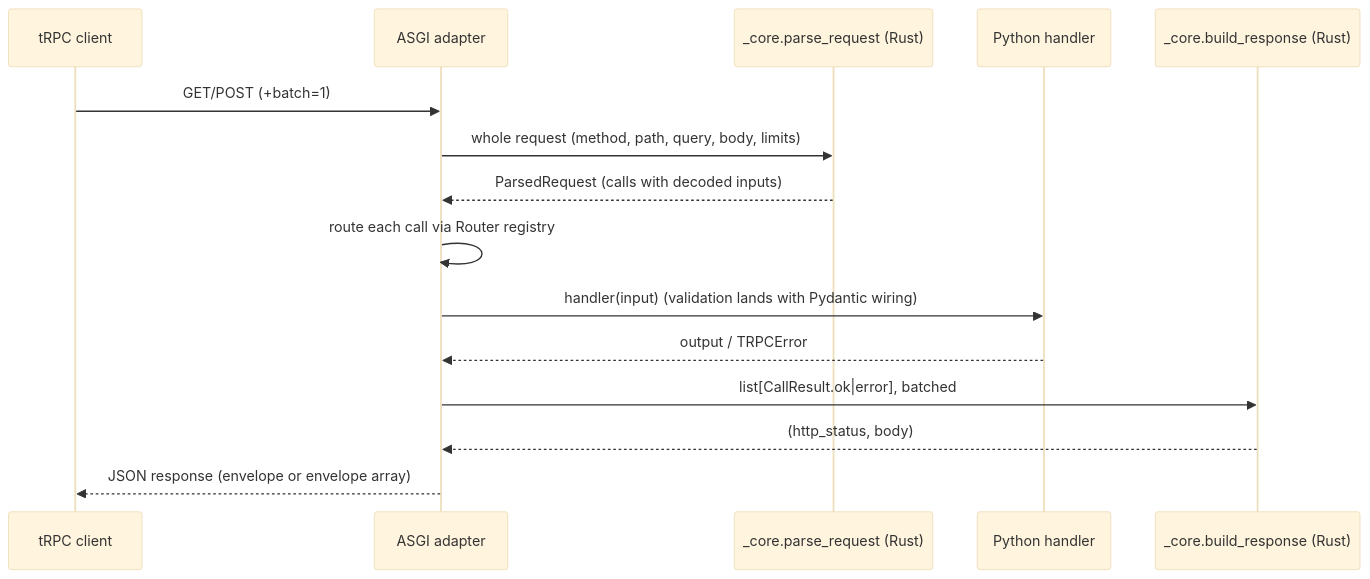
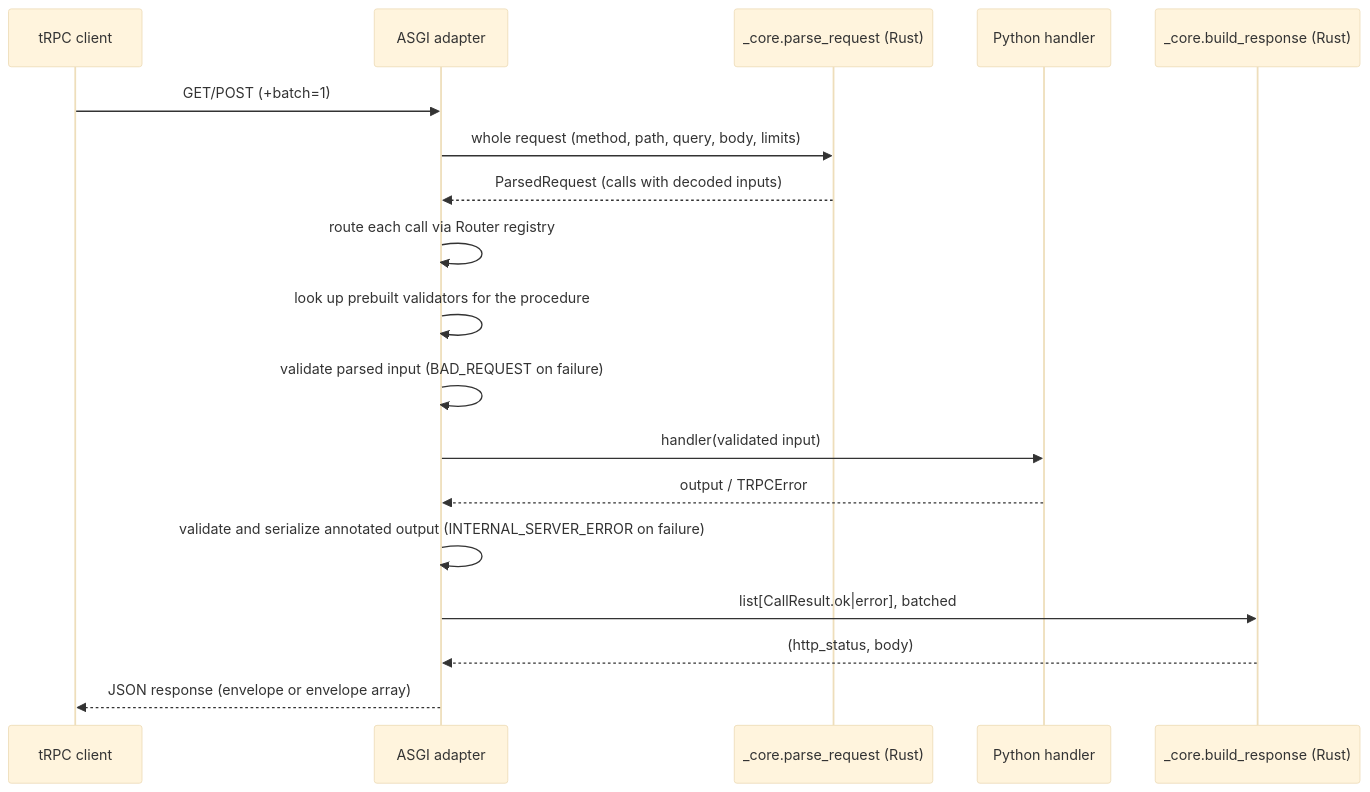
The second of 2 diagrams in docs/architecture.md (Seyamalam/trpc-rs-py), drawn with Mermaid (base theme) before and after one commit. The commit also changed other lines of this file and 11 other files, not shown here.

First line of the commit message:
feat(validation): validate procedure inputs and outputs with Pydantic

````diff
--- a/docs/architecture.md
+++ b/docs/architecture.md
@@ -31,17 +36,20 @@
 ```mermaid
 sequenceDiagram
     participant C as tRPC client
     participant A as ASGI adapter
     participant P as _core.parse_request (Rust)
     participant H as Python handler
     participant B as _core.build_response (Rust)
     C->>A: GET/POST (+batch=1)
     A->>P: whole request (method, path, query, body, limits)
     P-->>A: ParsedRequest (calls with decoded inputs)
     A->>A: route each call via Router registry
-    A->>H: handler(input) (validation lands with Pydantic wiring)
+    A->>A: look up prebuilt validators for the procedure
+    A->>A: validate parsed input (BAD_REQUEST on failure)
+    A->>H: handler(validated input)
     H-->>A: output / TRPCError
+    A->>A: validate and serialize annotated output (INTERNAL_SERVER_ERROR on failure)
     A->>B: list[CallResult.ok|error], batched
     B-->>A: (http_status, body)
     A-->>C: JSON response (envelope or envelope array)
 ```
````
